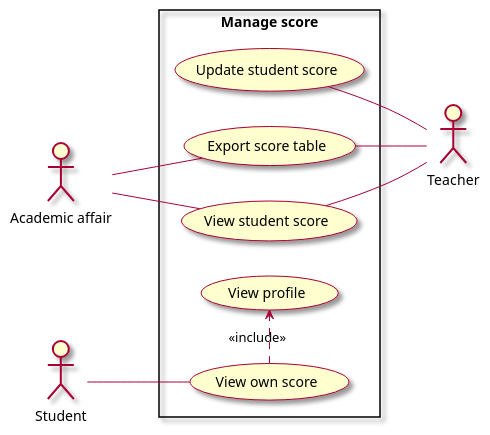
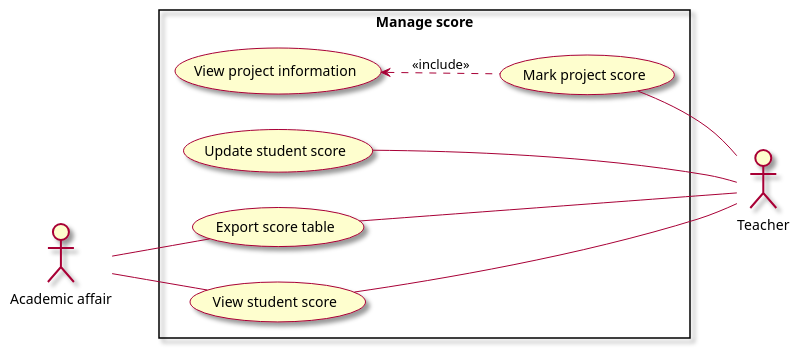
The diagram in Use Case/7. UC ManageScore.puml (Marowota/SE100-plantuml), drawn with PlantUML before and after one commit. The commit also changed 11 other files, not shown here.

```diff
--- a/Use Case/7. UC ManageScore.puml
+++ b/Use Case/7. UC ManageScore.puml
@@ -1,30 +1,29 @@
 @startuml ManageScore
 
 skin rose
 left to right direction
 
 actor "Academic affair" as aa
 actor "Teacher" as t
-actor "Student" as s
 
 
 rectangle "Manage score" as ms {
     usecase "Update student score" as updateStudentScore
+    usecase "Mark project score" as markProjectScore
     usecase "Export score table" as exportScoreTable
     usecase "View student score" as viewStudentScore
-    usecase "View own score" as viewOwnScore
-    usecase "View profile" as viewProfile
+    usecase "View project information" as viewProjectInfo
 }
 
 aa -- viewStudentScore
 aa -- exportScoreTable
 
-s -- viewOwnScore
 
 viewStudentScore -- t
 updateStudentScore -- t
 exportScoreTable -- t
+markProjectScore -- t
+viewProjectInfo <.. markProjectScore: <<include>>
 
-viewOwnScore .right.> viewProfile: <<include>>
 
 @enduml
```
